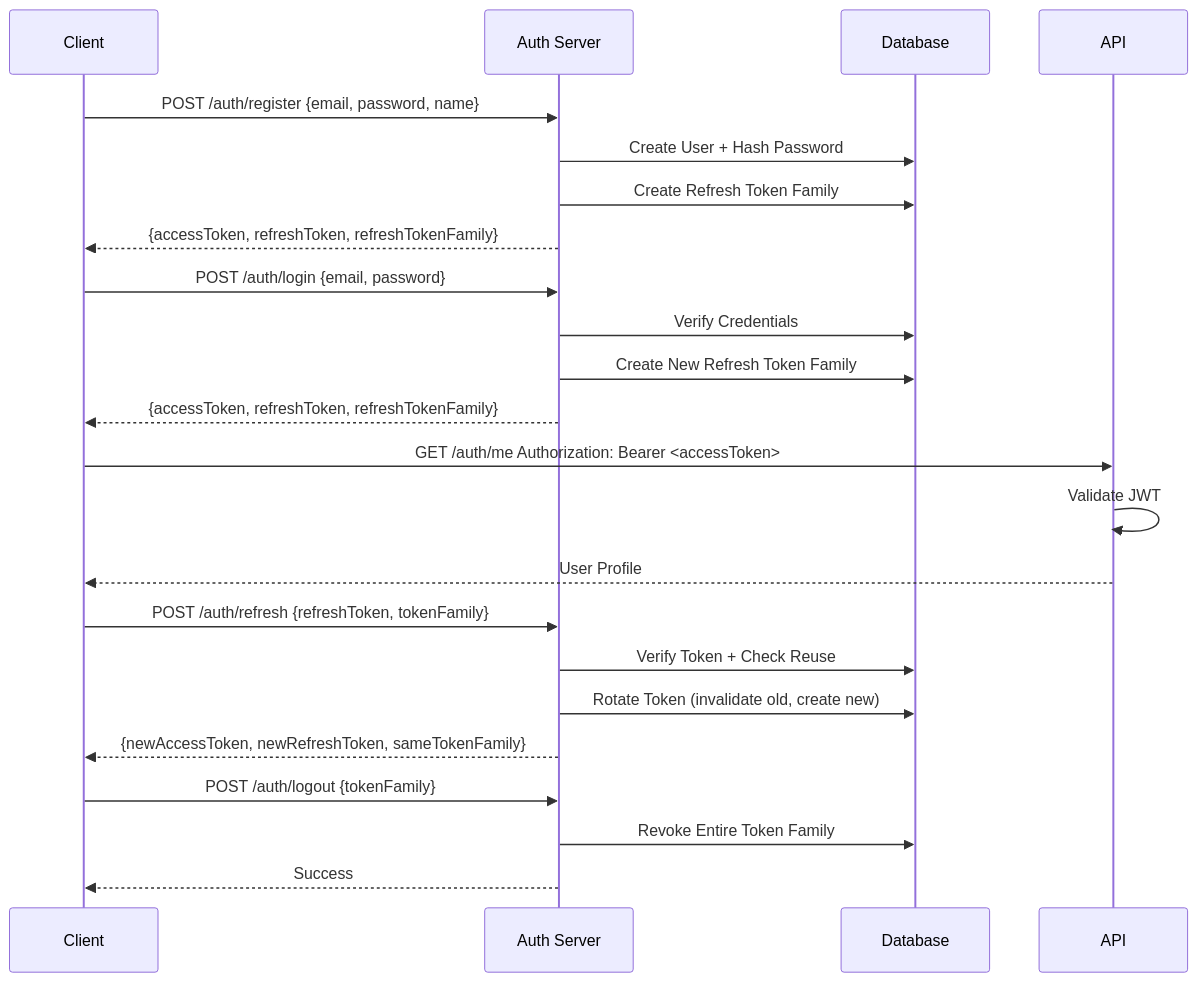
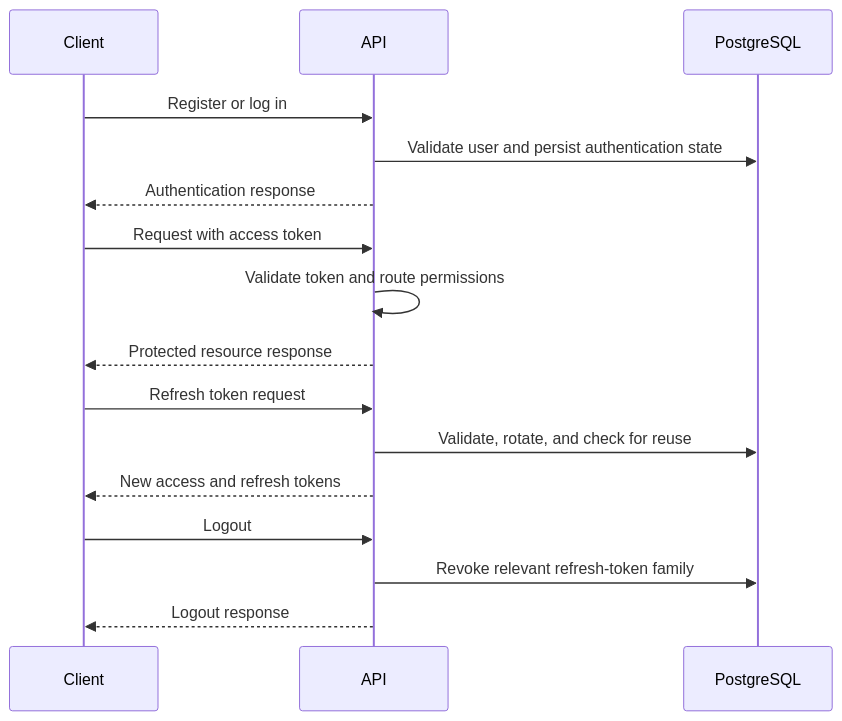
One commit to JainMehul05/NimbusVault- changed the second of 2 diagrams in README.md. Above: the diagram before and after it, drawn with Mermaid. The commit also changed other lines of this file, not shown here.

````diff
--- a/README.md
+++ b/README.md
@@ -71,29 +91,19 @@
 ```mermaid
 sequenceDiagram
     participant Client
-    participant Auth Server
-    participant Database
+    participant API
+    participant DB as PostgreSQL
 
-    Client->>Auth Server: POST /auth/register {email, password, name}
-    Auth Server->>Database: Create User + Hash Password
-    Auth Server->>Database: Create Refresh Token Family
-    Auth Server-->>Client: {accessToken, refreshToken, refreshTokenFamily}
-
-    Client->>Auth Server: POST /auth/login {email, password}
-    Auth Server->>Database: Verify Credentials
-    Auth Server->>Database: Create New Refresh Token Family
-    Auth Server-->>Client: {accessToken, refreshToken, refreshTokenFamily}
-
-    Client->>API: GET /auth/me Authorization: Bearer <accessToken>
-    API->>API: Validate JWT
-    API-->>Client: User Profile
-
-    Client->>Auth Server: POST /auth/refresh {refreshToken, tokenFamily}
-    Auth Server->>Database: Verify Token + Check Reuse
-    Auth Server->>Database: Rotate Token (invalidate old, create new)
-    Auth Server-->>Client: {newAccessToken, newRefreshToken, sameTokenFamily}
-
-    Client->>Auth Server: POST /auth/logout {tokenFamily}
-    Auth Server->>Database: Revoke Entire Token Family
-    Auth Server-->>Client: Success
+    Client->>API: Register or log in
+    API->>DB: Validate user and persist authentication state
+    API-->>Client: Authentication response
+    Client->>API: Request with access token
+    API->>API: Validate token and route permissions
+    API-->>Client: Protected resource response
+    Client->>API: Refresh token request
+    API->>DB: Validate, rotate, and check for reuse
+    API-->>Client: New access and refresh tokens
+    Client->>API: Logout
+    API->>DB: Revoke relevant refresh-token family
+    API-->>Client: Logout response
 ```
````
